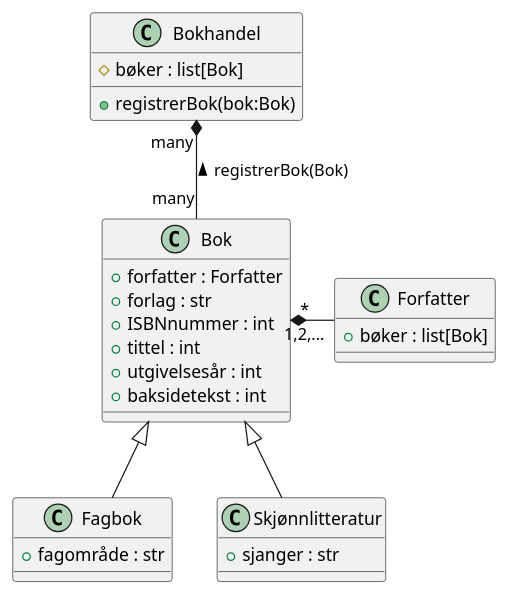
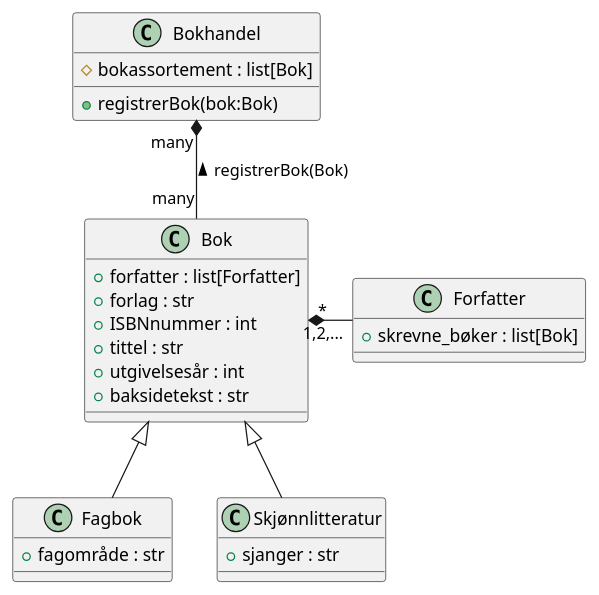
The diagram in UML/Oppgave 4.plantuml (ThatG0y/Skole-innleveringer), drawn with PlantUML before and after one commit.

Commit message:
Oppdaterte småfeil i bokhandel-UML

```diff
--- a/UML/Oppgave 4.plantuml
+++ b/UML/Oppgave 4.plantuml
@@ -1,29 +1,29 @@
 @startuml 4
 class Bok{
-    +forfatter : Forfatter
+    +forfatter : list[Forfatter]
     +forlag : str
     +ISBNnummer : int
-    +tittel : int
+    +tittel : str
     +utgivelsesår : int
-    +baksidetekst : int
+    +baksidetekst : str
 }
 class Bokhandel{
-    #bøker : list[Bok]
+    #bokassortement : list[Bok]
     +registrerBok(bok:Bok)
 }
 class Forfatter{
-    +bøker : list[Bok]
+    +skrevne_bøker : list[Bok]
 }   
 class Fagbok{
     +fagområde : str
 }
 class Skjønnlitteratur{
     +sjanger : str
 }
 
 Fagbok -up-|> Bok
 Skjønnlitteratur -up-|> Bok
 Forfatter "1,2,..." -left-* "*" Bok
 Bok "many" -up-* "many" Bokhandel: registrerBok(Bok) >
 
 @enduml
```
